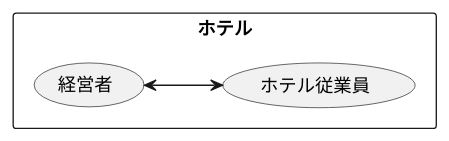
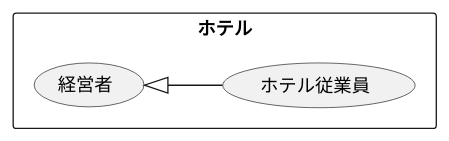
Before and after one commit to tyson0723/uml-introduction: the diagram in 演習2-2_ホテル従業員.pu, drawn with PlantUML.

Commit message:
矢印の方向を変更

```diff
--- a/演習2-2_ホテル従業員.pu
+++ b/演習2-2_ホテル従業員.pu
@@ -1,8 +1,8 @@
 @startuml 
 left to right direction
 rectangle ホテル {
 usecase 経営者
 usecase ホテル従業員
 }
-経営者 <--> ホテル従業員
+経営者 <|-- ホテル従業員
 @enduml
```
